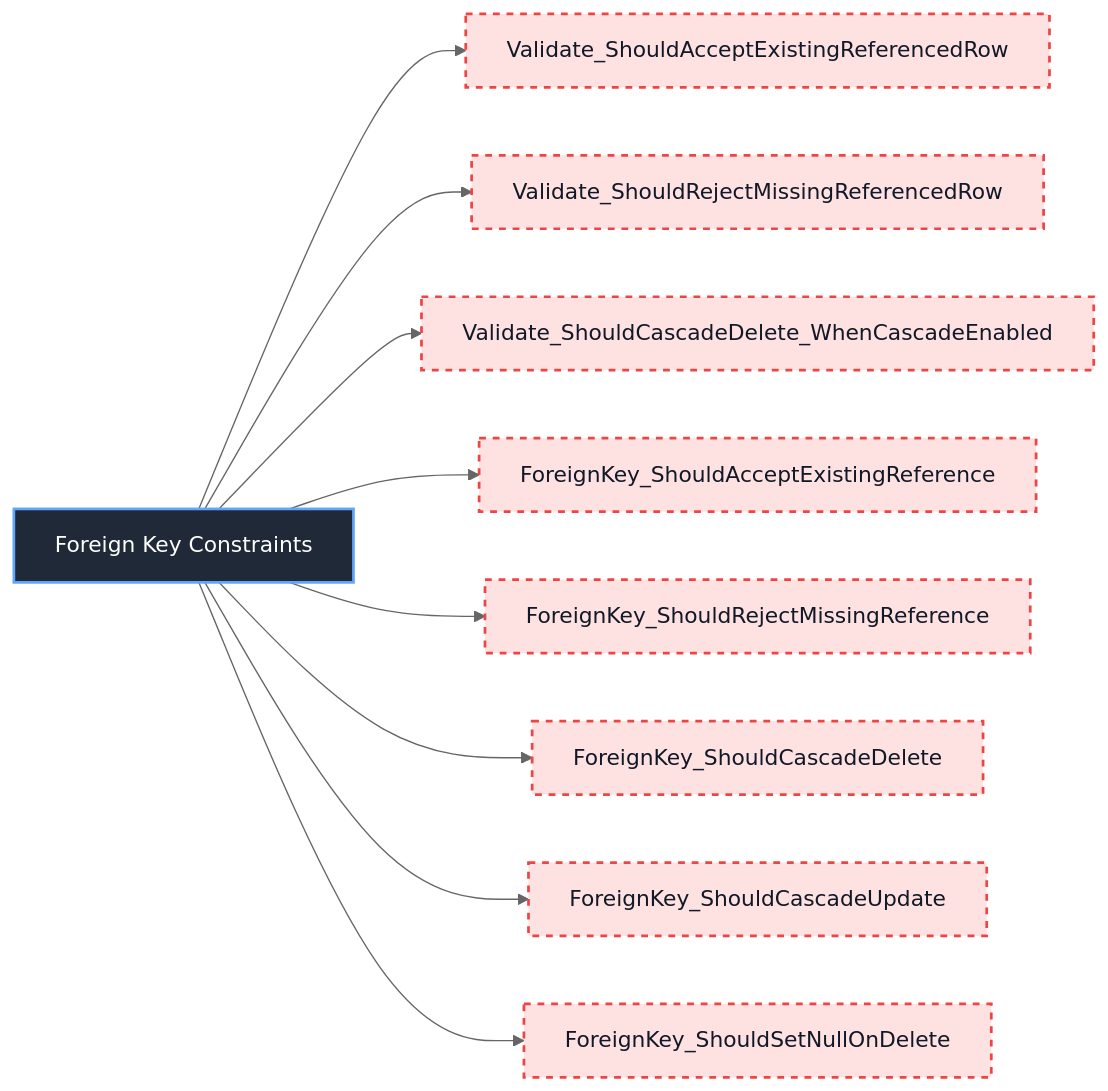
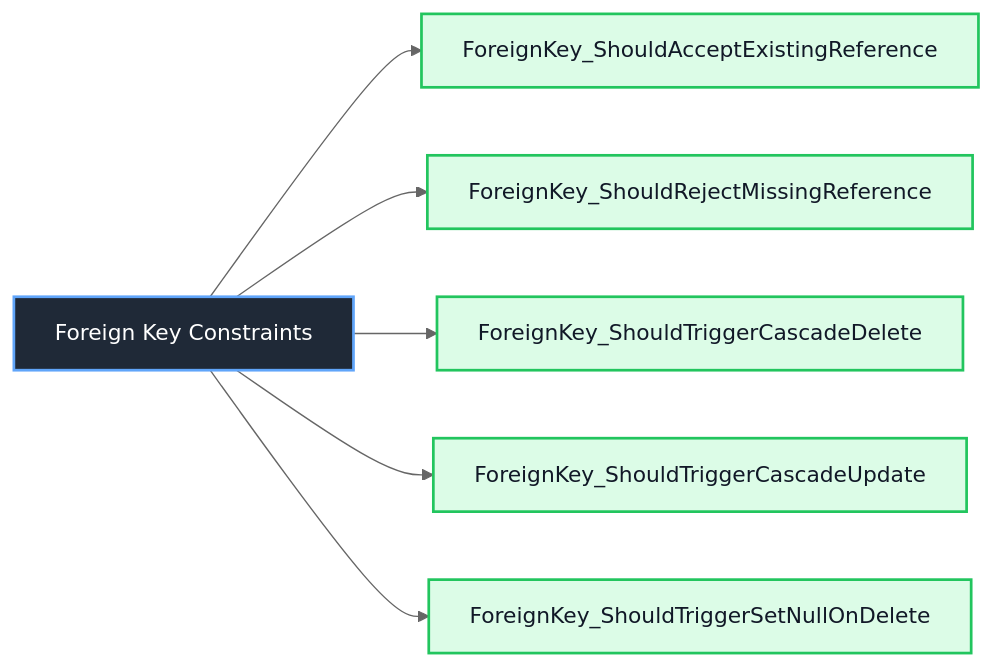
Before and after one commit to Hagiakhanh/bbv-dbms: diagram 15 of 53 in docs/sequence-diagrams/README.md, drawn with Mermaid (neutral theme). The commit also changed other lines of this file and 5 other files, not shown here.

Commit message:
test: add foreign key constraints test

````diff
--- a/docs/sequence-diagrams/README.md
+++ b/docs/sequence-diagrams/README.md
@@ -617,20 +617,17 @@
 ```mermaid
 flowchart LR
     ClassNode["Foreign Key Constraints"]
 
-    ClassNode --> Foreign_Key_Constraints_1["Validate_ShouldAcceptExistingReferencedRow"]
-    ClassNode --> Foreign_Key_Constraints_2["Validate_ShouldRejectMissingReferencedRow"]
-    ClassNode --> Foreign_Key_Constraints_3["Validate_ShouldCascadeDelete_WhenCascadeEnabled"]
-    ClassNode --> Foreign_Key_Constraints_4["ForeignKey_ShouldAcceptExistingReference"]
-    ClassNode --> Foreign_Key_Constraints_5["ForeignKey_ShouldRejectMissingReference"]
-    ClassNode --> Foreign_Key_Constraints_6["ForeignKey_ShouldCascadeDelete"]
-    ClassNode --> Foreign_Key_Constraints_7["ForeignKey_ShouldCascadeUpdate"]
-    ClassNode --> Foreign_Key_Constraints_8["ForeignKey_ShouldSetNullOnDelete"]
+    ClassNode --> Foreign_Key_Constraints_1["ForeignKey_ShouldAcceptExistingReference"]
+    ClassNode --> Foreign_Key_Constraints_2["ForeignKey_ShouldRejectMissingReference"]
+    ClassNode --> Foreign_Key_Constraints_3["ForeignKey_ShouldTriggerCascadeDelete"]
+    ClassNode --> Foreign_Key_Constraints_4["ForeignKey_ShouldTriggerCascadeUpdate"]
+    ClassNode --> Foreign_Key_Constraints_5["ForeignKey_ShouldTriggerSetNullOnDelete"]
 
     classDef classNode fill:#1f2937,stroke:#60a5fa,color:#ffffff,stroke-width:2px
     classDef completedTest fill:#dcfce7,stroke:#22c55e,color:#111827,stroke-width:2px
     classDef missingTest fill:#fee2e2,stroke:#ef4444,color:#111827,stroke-width:2px,stroke-dasharray:5 5
 
     class ClassNode classNode
-    class Foreign_Key_Constraints_1,Foreign_Key_Constraints_2,Foreign_Key_Constraints_3,Foreign_Key_Constraints_4,Foreign_Key_Constraints_5,Foreign_Key_Constraints_6,Foreign_Key_Constraints_7,Foreign_Key_Constraints_8 missingTest
+    class Foreign_Key_Constraints_1,Foreign_Key_Constraints_2,Foreign_Key_Constraints_3,Foreign_Key_Constraints_4,Foreign_Key_Constraints_5 completedTest
 ```
````
